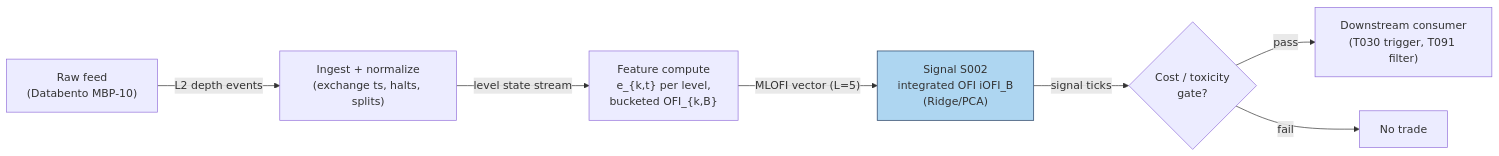
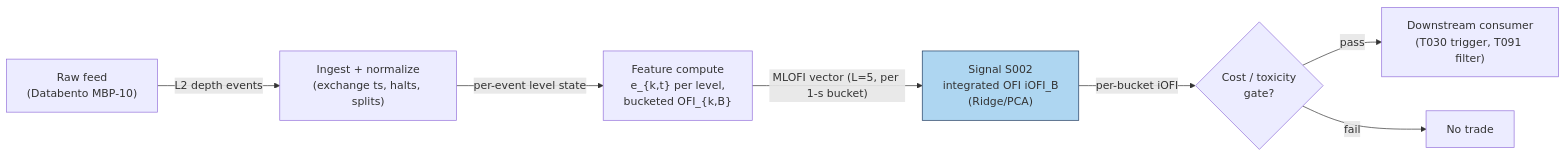
Before and after one commit to praveenguptahcl/quant-signals-deep: the diagram in batches/SB4/S002.md, drawn with Mermaid. The commit also changed 20 other files, not shown here.

````diff
--- a/batches/SB4/S002.md
+++ b/batches/SB4/S002.md
@@ -150,10 +150,10 @@
 ```mermaid
 flowchart LR
     FEED["Raw feed\n(Databento MBP-10)"] -->|"L2 depth events"| ING["Ingest + normalize\n(exchange ts, halts, splits)"]
-    ING -->|"level state stream"| FEAT["Feature compute\ne_{k,t} per level,\nbucketed OFI_{k,B}"]
-    FEAT -->|"MLOFI vector (L=5)"| SIG["Signal S002\nintegrated OFI iOFI_B\n(Ridge/PCA)"]
-    SIG -->|"signal ticks"| GATE{"Cost / toxicity\ngate?"}
+    ING -->|"per-event level state"| FEAT["Feature compute\ne_{k,t} per level,\nbucketed OFI_{k,B}"]
+    FEAT -->|"MLOFI vector (L=5, per 1-s bucket)"| SIG["Signal S002\nintegrated OFI iOFI_B\n(Ridge/PCA)"]
+    SIG -->|"per-bucket iOFI"| GATE{"Cost / toxicity\ngate?"}
     GATE -->|pass| OUT["Downstream consumer\n(T030 trigger, T091 filter)"]
     GATE -->|fail| DROP["No trade"]
     style SIG fill:#aed6f1,stroke:#1f3a5f
 ```
````
